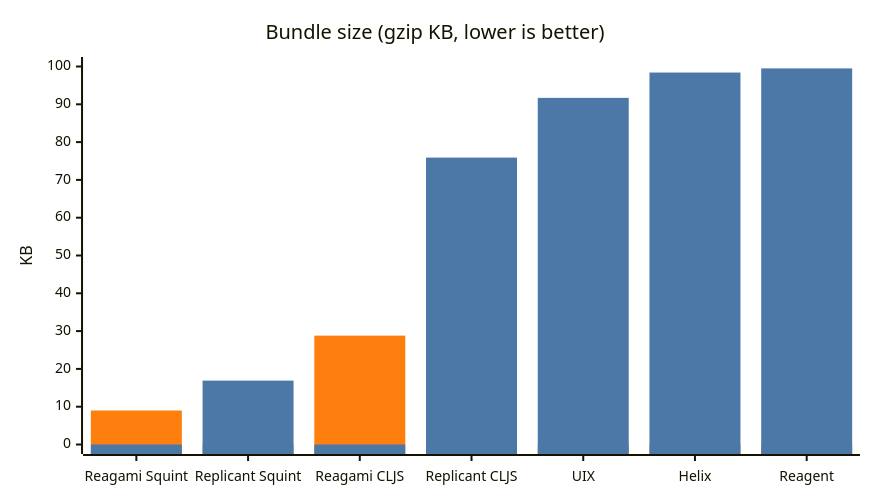
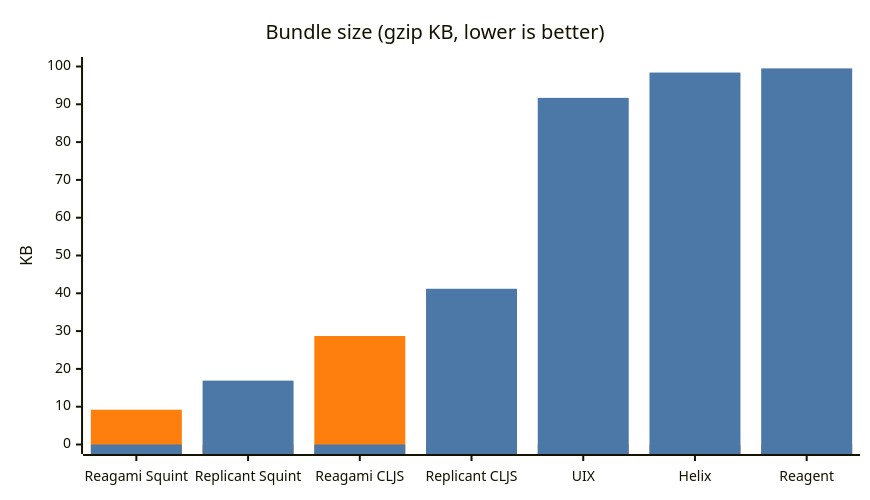
Before and after one commit to borkdude/reagami: the second of 2 diagrams in doc/benchmarks.md, drawn with Mermaid. The commit also changed other lines of this file and 1 other file, not shown here.

````diff
--- a/doc/benchmarks.md
+++ b/doc/benchmarks.md
@@ -94,17 +107,17 @@
 ```mermaid
 ---
 config:
   xyChart:
     width: 850
     height: 480
   themeVariables:
     xyChart:
       plotColorPalette: "#ff7f0e, #4c78a8"
 ---
 xychart-beta
     title "Bundle size (gzip KB, lower is better)"
     x-axis ["Reagami Squint", "Replicant Squint", "Reagami CLJS", "Replicant CLJS", "UIX", "Helix", "Reagent"]
     y-axis "KB" 0 --> 100
-    bar [9.0, 0, 28.8, 0, 0, 0, 0]
-    bar [0, 16.9, 0, 75.9, 91.7, 98.4, 99.5]
+    bar [9.2, 0, 28.7, 0, 0, 0, 0]
+    bar [0, 16.9, 0, 41.2, 91.7, 98.4, 99.5]
 ```
````
